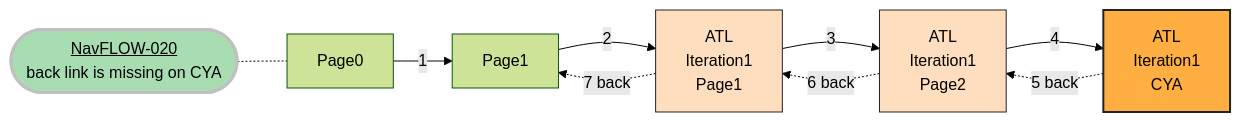
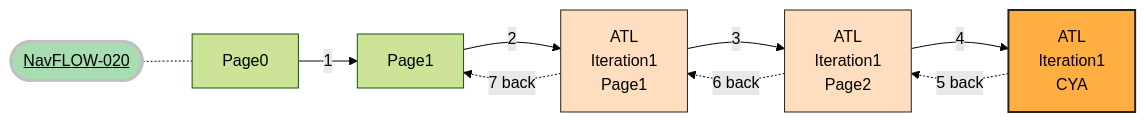
Before and after one commit to hmrc/gform-frontend: diagram 20 of 20 in Navigation.md, drawn with Mermaid. The commit also changed other lines of this file, not shown here.

````diff
--- a/Navigation.md
+++ b/Navigation.md
@@ -668,24 +669,24 @@
 ```mermaid
 %%{init: {'theme': 'forest', "flowchart" : { "curve" : "basis" } } }%%
 graph LR;
-    title([<u>NavFLOW-020</u><br>back link is missing on CYA])
+    title([<u>NavFLOW-020</u>])
     title -.- Page0
     Page0 --> |1| Page1
     Page1 --> |2| ATLPage1["ATL<br>Iteration1<br>Page1"]
     ATLPage1 --> |3| ATLPage2["ATL<br>Iteration1<br>Page2"]
     ATLPage2 --> |4| ATLCYA1["ATL<br>Iteration1<br>CYA"]
     ATLCYA1 -.5 back.-> ATLPage2
     ATLPage2 -.6 back.-> ATLPage1
     ATLPage1 -.7 back.-> Page1
 
 
     classDef orange fill:#fedebe,stroke:#222,stroke-width:1px
     classDef orangeCYA fill:#ffaf42,stroke:#222,stroke-width:2px
     classDef orangeRepeater fill:#fe6e00,stroke:#222,stroke-width:3px
     class ATLRepeater orangeRepeater
     class ATLCYA1 orangeCYA
     class ATLPage2 orange
     class ATLPage1 orange
     classDef greenTitle fill:#a8ddb1 ,stroke:#c0c0c2,stroke-width:3px
     class title greenTitle
 ```
````
